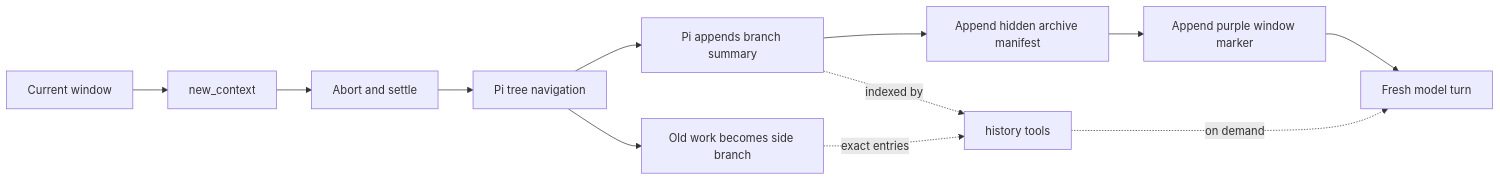
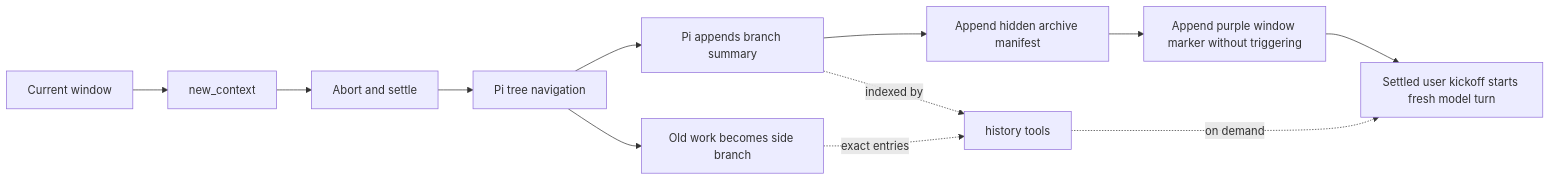
One commit to IgorWarzocha/howaboua-pi-stuff changed the diagram in packages/pi-codex-conversion/src/context-management/TREE-MODE.md. Above: the diagram before and after it, drawn with Mermaid. The commit also changed other lines of this file and 51 other files, not shown here.

````diff
--- a/packages/pi-codex-conversion/src/context-management/TREE-MODE.md
+++ b/packages/pi-codex-conversion/src/context-management/TREE-MODE.md
@@ -21,14 +21,14 @@
 ```mermaid
 flowchart LR
     A[Current window] --> B[new_context]
     B --> C[Abort and settle]
     C --> D[Pi tree navigation]
     D --> E[Old work becomes side branch]
     D --> F[Pi appends branch summary]
     F --> G[Append hidden archive manifest]
-    G --> H[Append purple window marker]
-    H --> I[Fresh model turn]
+    G --> H[Append purple window marker without triggering]
+    H --> I[Settled user kickoff starts fresh model turn]
     F -. indexed by .-> J[history tools]
     E -. exact entries .-> J
     J -. on demand .-> I
 ```
````
